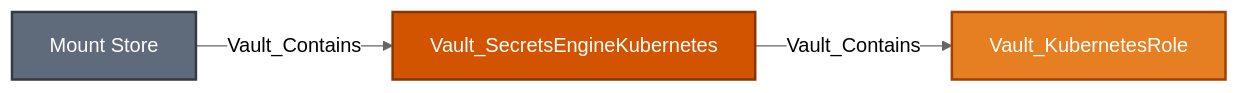
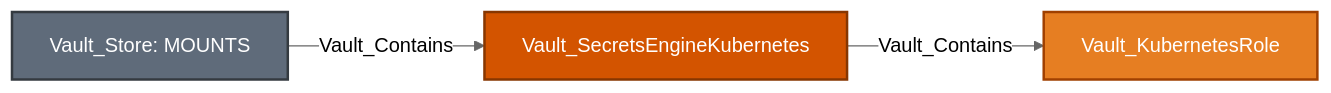
Diagram 16 of 29 in Documentation/stores/MOUNTS.md (bytewreck/opengraph-vault), drawn with Mermaid (neutral theme) before and after one commit. The commit also changed other lines of this file and 13 other files, not shown here.

````diff
--- a/Documentation/stores/MOUNTS.md
+++ b/Documentation/stores/MOUNTS.md
@@ -828,9 +870,9 @@
 ```mermaid
 flowchart LR
-    store[Mount Store]:::storeNode -->|Vault_Contains| mount[Vault_SecretsEngineKubernetes]:::mountNode
+    store[Vault_Store: MOUNTS]:::storeNode -->|Vault_Contains| mount[Vault_SecretsEngineKubernetes]:::mountNode
     mount -->|Vault_Contains| role[Vault_KubernetesRole]:::secretObjectNode
 
     classDef storeNode fill:#5F6B7A,color:#fff,stroke:#343A40,stroke-width:2px
     classDef mountNode fill:#D35400,color:#fff,stroke:#873600,stroke-width:2px
     classDef secretObjectNode fill:#E67E22,color:#fff,stroke:#A04000,stroke-width:2px
 ```
````
